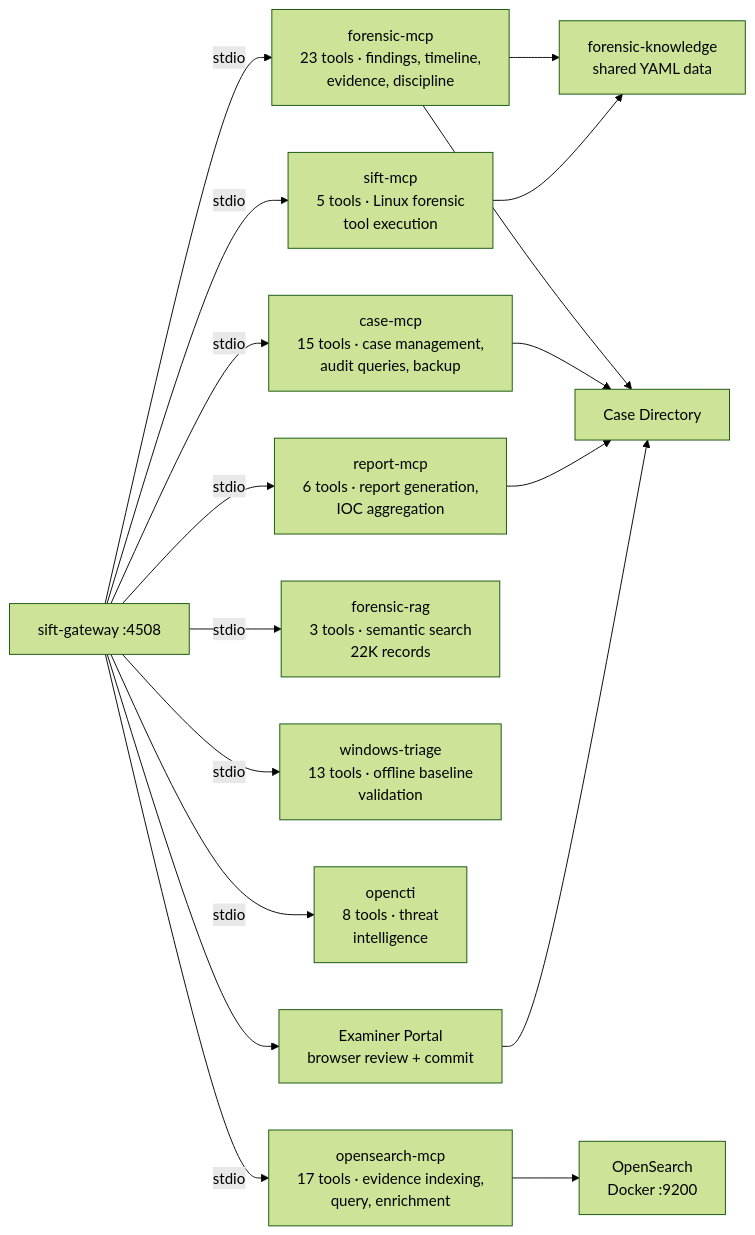
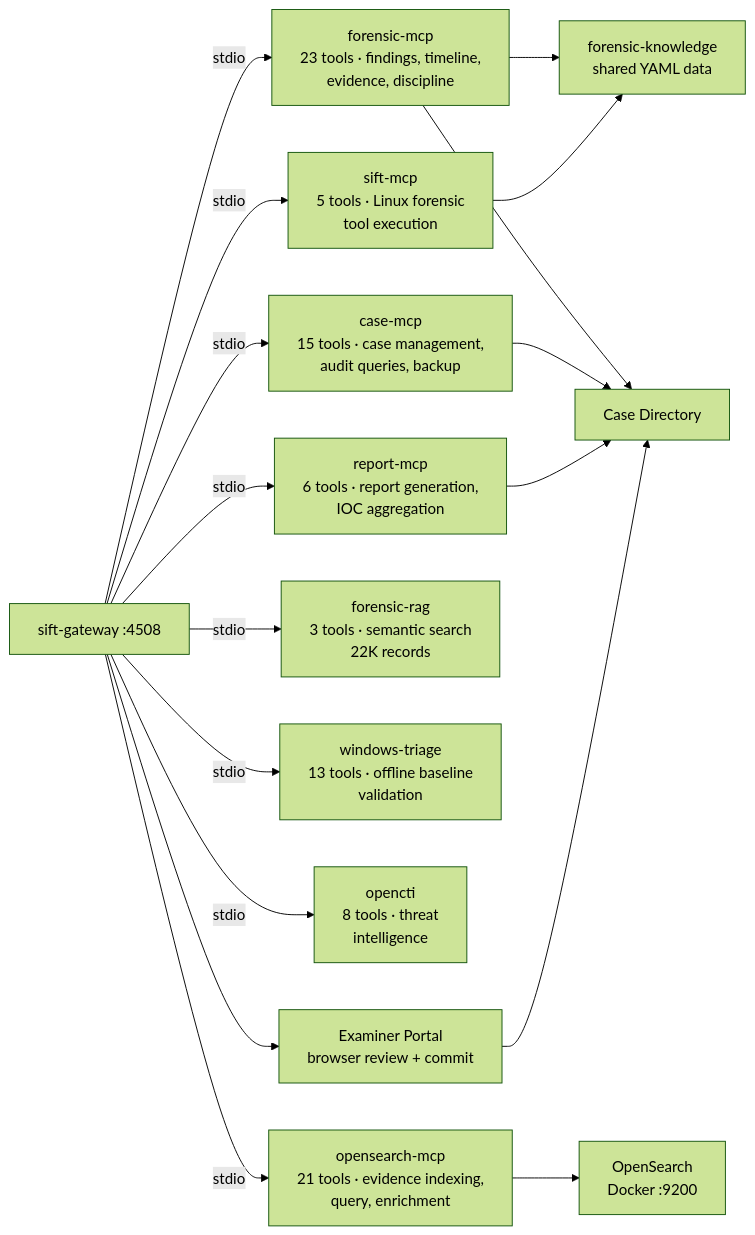
The second of 6 diagrams in README.md (AppliedIR/Valhuntir), drawn with Mermaid (forest theme) before and after one commit. The commit also changed other lines of this file and 7 other files, not shown here.

Commit message:
say a declined settings change once, and give opensearch-mcp's 21 tools and its index names as they are

````diff
--- a/README.md
+++ b/README.md
@@ -116,34 +116,34 @@
 ```mermaid
 graph LR
     GW["sift-gateway :4508"]
 
     FM["forensic-mcp<br/>23 tools · findings, timeline,<br/>evidence, discipline"]
     CM["case-mcp<br/>15 tools · case management,<br/>audit queries, backup"]
     RM["report-mcp<br/>6 tools · report generation,<br/>IOC aggregation"]
     SM["sift-mcp<br/>5 tools · Linux forensic<br/>tool execution"]
     RAG["forensic-rag<br/>3 tools · semantic search<br/>22K records"]
     WT["windows-triage<br/>13 tools · offline baseline<br/>validation"]
     OC["opencti<br/>8 tools · threat<br/>intelligence"]
-    OS["opensearch-mcp<br/>17 tools · evidence indexing,<br/>query, enrichment"]
+    OS["opensearch-mcp<br/>21 tools · evidence indexing,<br/>query, enrichment"]
     CD["Examiner Portal<br/>browser review + commit"]
     FK["forensic-knowledge<br/>shared YAML data"]
     CASE["Case Directory"]
     OSD["OpenSearch<br/>Docker :9200"]
 
     GW -->|stdio| FM
     GW -->|stdio| CM
     GW -->|stdio| RM
     GW -->|stdio| SM
     GW -->|stdio| RAG
     GW -->|stdio| WT
     GW -->|stdio| OC
     GW -->|stdio| OS
     GW --> CD
     FM --> FK
     SM --> FK
     FM --> CASE
     CM --> CASE
     RM --> CASE
     CD --> CASE
     OS --> OSD
 ```
````
